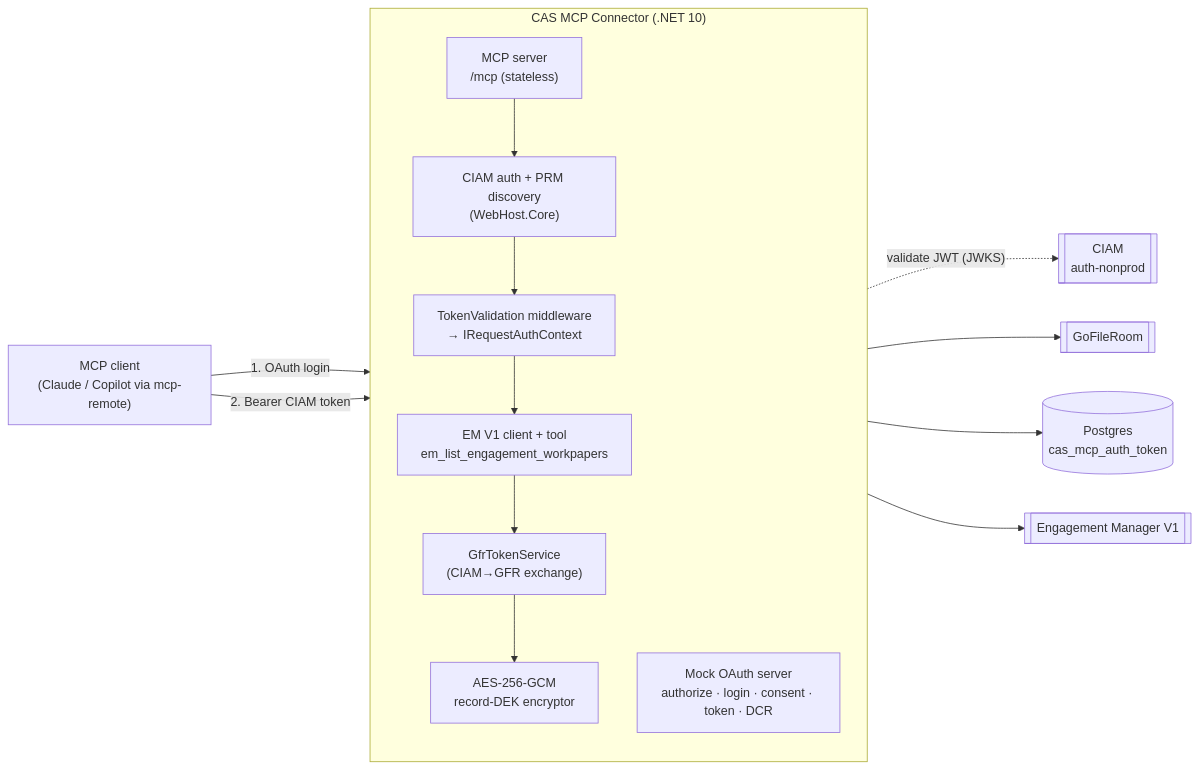
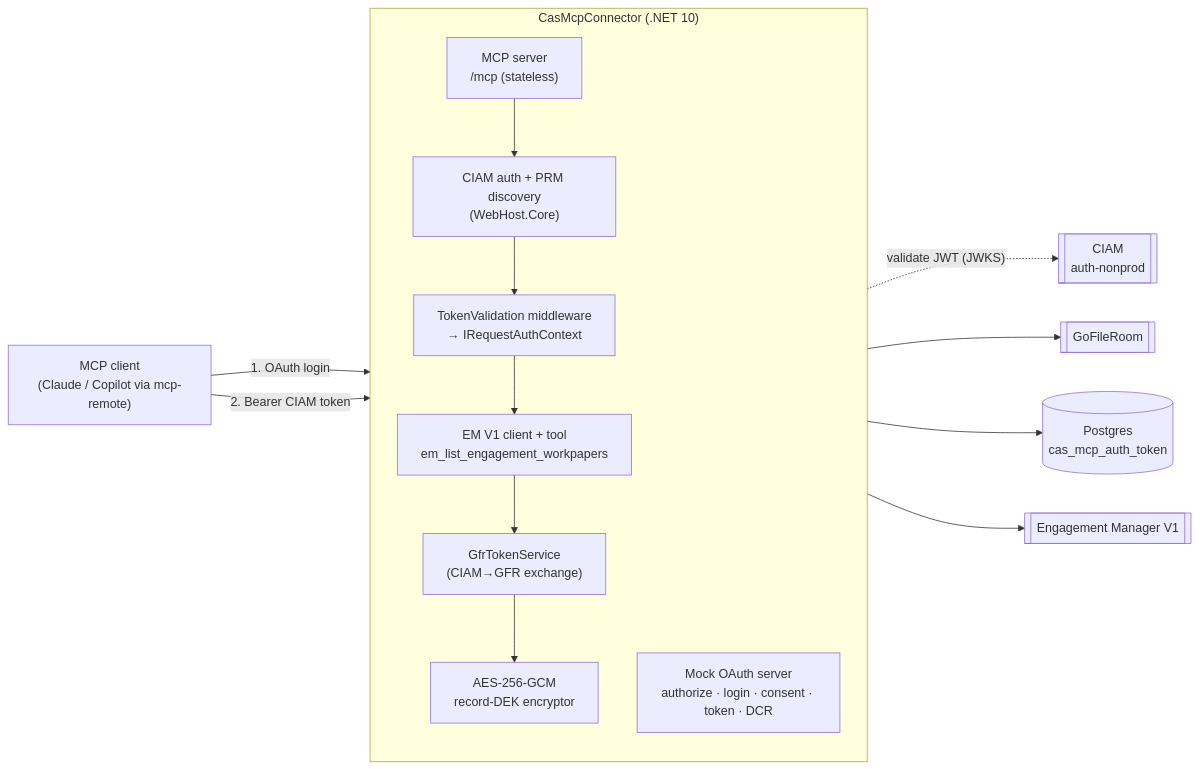
Before and after one commit to JayLathiaTR/cas-mcp-connector: the second of 3 diagrams in docs/architecture.md, drawn with Mermaid. The commit also changed other lines of this file, not shown here.

Commit message:
docs: add C4 container view; rename diagram label to CasMcpConnector

````diff
--- a/docs/architecture.md
+++ b/docs/architecture.md
@@ -7,29 +31,29 @@
 ```mermaid
 flowchart LR
     MC["MCP client<br/>(Claude / Copilot via mcp-remote)"]
 
-    subgraph CONN["CAS MCP Connector (.NET 10)"]
+    subgraph CONN["CasMcpConnector (.NET 10)"]
         direction TB
         MCP["MCP server<br/>/mcp (stateless)"]
         OAUTH["Mock OAuth server<br/>authorize · login · consent · token · DCR"]
         AUTH["CIAM auth + PRM discovery<br/>(WebHost.Core)"]
         MW["TokenValidation middleware<br/>→ IRequestAuthContext"]
         GFRS["GfrTokenService<br/>(CIAM→GFR exchange)"]
         ENC["AES-256-GCM<br/>record-DEK encryptor"]
         EMC["EM V1 client + tool<br/>em_list_engagement_workpapers"]
     end
 
     DB[("Postgres<br/>cas_mcp_auth_token")]
     CIAM[["CIAM<br/>auth-nonprod"]]
     GFR[["GoFileRoom"]]
     EM[["Engagement Manager V1"]]
 
     MC -->|"1. OAuth login"| OAUTH
     MC -->|"2. Bearer CIAM token"| MCP
     MCP --> AUTH --> MW --> EMC
     AUTH -. "validate JWT (JWKS)" .-> CIAM
     EMC --> GFRS
     GFRS --> GFR
     GFRS --> ENC --> DB
     EMC --> EM
 ```
````
